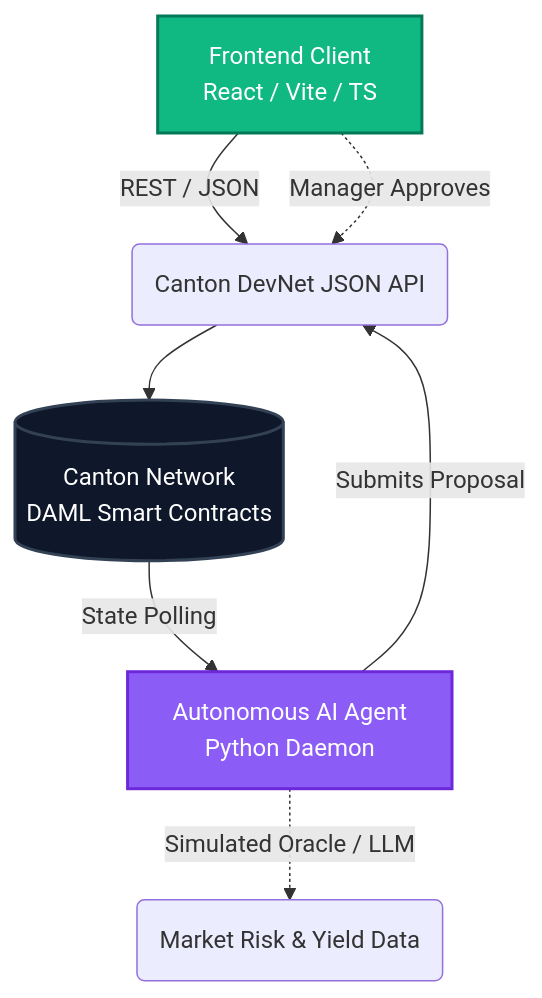
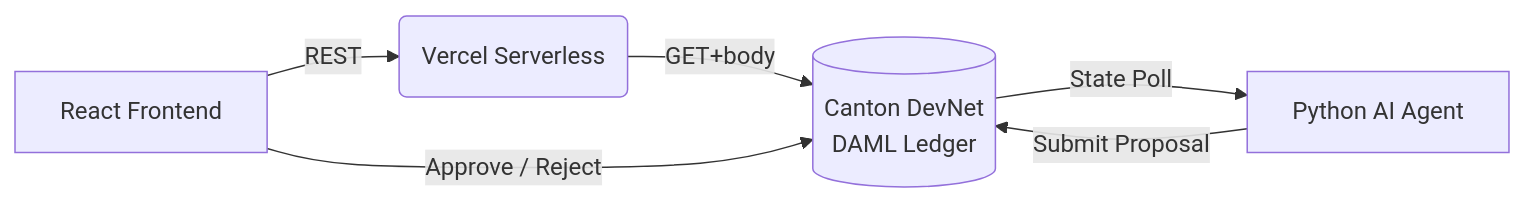
Before and after one commit to Stella112/syndicAIVault: the diagram in README.md, drawn with Mermaid. The commit also changed other lines of this file, not shown here.

````diff
--- a/README.md
+++ b/README.md
@@ -44,17 +143,8 @@
 ```mermaid
-graph TD
-    UI[Frontend Client<br/>React / Vite / TS] -->|REST / JSON| Gateway(Canton DevNet JSON API)
-    Gateway --> Ledger[(Canton Network<br/>DAML Smart Contracts)]
-    Ledger -->|State Polling| AI[Autonomous AI Agent<br/>Python Daemon]
-    AI -.->|Simulated Oracle / LLM| RiskData(Market Risk & Yield Data)
-    AI -->|Submits Proposal| Gateway
-    UI -.->|Manager Approves| Gateway
-    
-    classDef primary fill:#10b981,stroke:#047857,stroke-width:2px,color:#fff;
-    classDef secondary fill:#0f172a,stroke:#334155,stroke-width:2px,color:#fff;
-    classDef accent fill:#8b5cf6,stroke:#6d28d9,stroke-width:2px,color:#fff;
-    
-    class UI primary;
-    class Ledger secondary;
-    class AI accent;
+graph LR
+    UI[React Frontend] -->|REST| Proxy(Vercel Serverless)
+    Proxy -->|GET+body| Canton[(Canton DevNet\nDAML Ledger)]
+    Canton -->|State Poll| Agent[Python AI Agent]
+    Agent -->|Submit Proposal| Canton
+    UI -->|Approve / Reject| Canton
 ```
````
